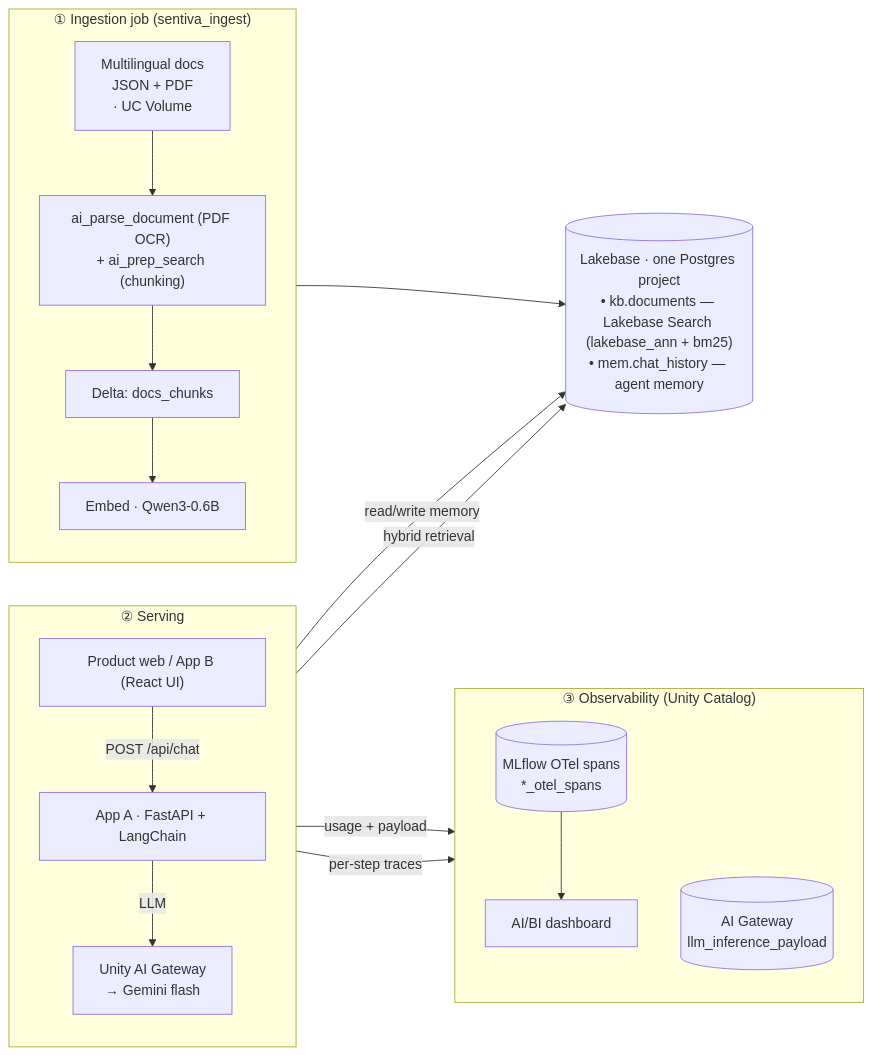
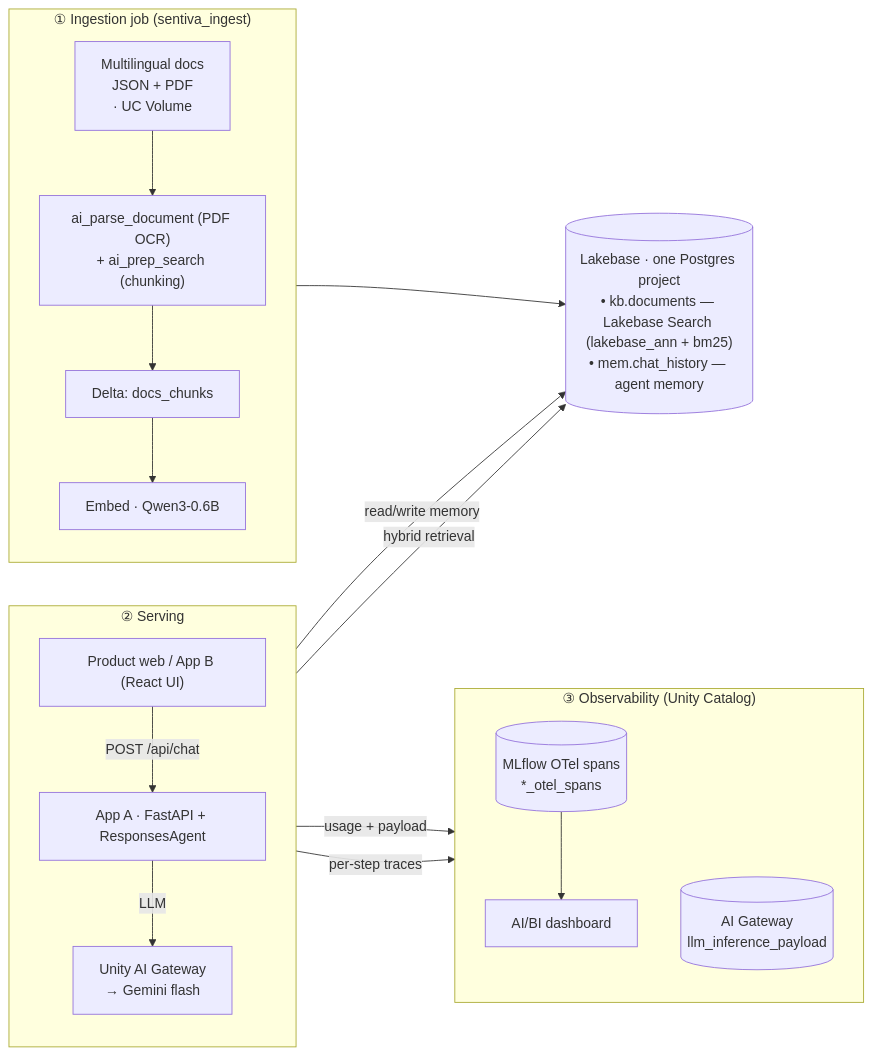
Before and after one commit to eric80116/databricks-lakebase-rag-agent-demo: the diagram in README.md, drawn with Mermaid. The commit also changed other lines of this file and 3 other files, not shown here.

First line of the commit message:
refactor(agent): adopt MLflow ResponsesAgent interface over the always-retrieve RAG flow

````diff
--- a/README.md
+++ b/README.md
@@ -16,37 +16,37 @@
 ```mermaid
 flowchart LR
   subgraph Ingest["① Ingestion job (sentiva_ingest)"]
     direction TB
     docs["Multilingual docs<br/>JSON + PDF<br/>· UC Volume"]
     parse["ai_parse_document (PDF OCR)<br/>+ ai_prep_search (chunking)"]
     delta["Delta: docs_chunks"]
     embed["Embed · Qwen3-0.6B"]
     docs --> parse --> delta --> embed
   end
 
   lakebase[("Lakebase · one Postgres project<br/>• kb.documents — Lakebase Search (lakebase_ann + bm25)<br/>• mem.chat_history — agent memory")]
   embed --> lakebase
 
   subgraph Serve["② Serving"]
     direction TB
     web["Product web / App B (React UI)"]
-    appA["App A · FastAPI + LangChain"]
+    appA["App A · FastAPI + ResponsesAgent"]
     gw["Unity AI Gateway<br/>→ Gemini flash"]
     web -->|POST /api/chat| appA
     appA -->|LLM| gw
   end
 
   appA -->|hybrid retrieval| lakebase
   appA -->|read/write memory| lakebase
 
   subgraph Obs["③ Observability (Unity Catalog)"]
     direction TB
     otel[("MLflow OTel spans<br/>*_otel_spans")]
     inf[("AI Gateway<br/>llm_inference_payload")]
     dash["AI/BI dashboard"]
     otel --> dash
   end
 
   appA -->|per-step traces| otel
   gw -->|usage + payload| inf
 ```
````
